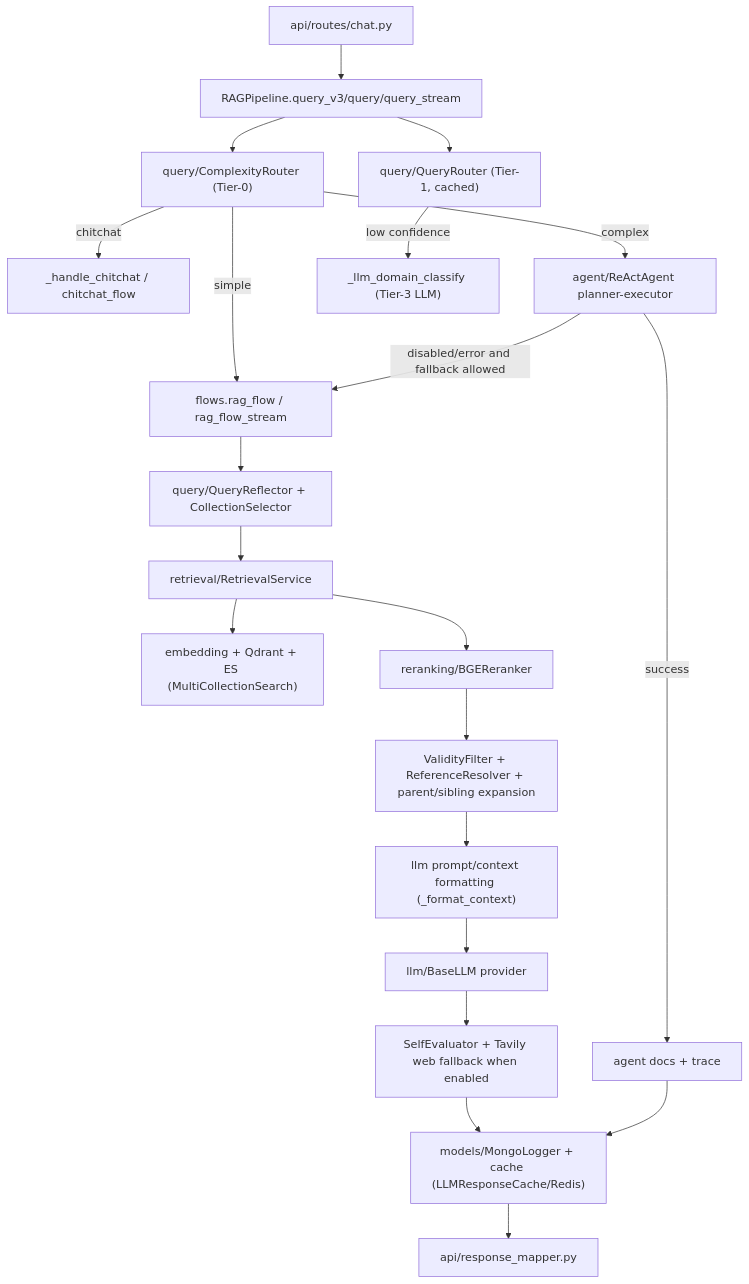
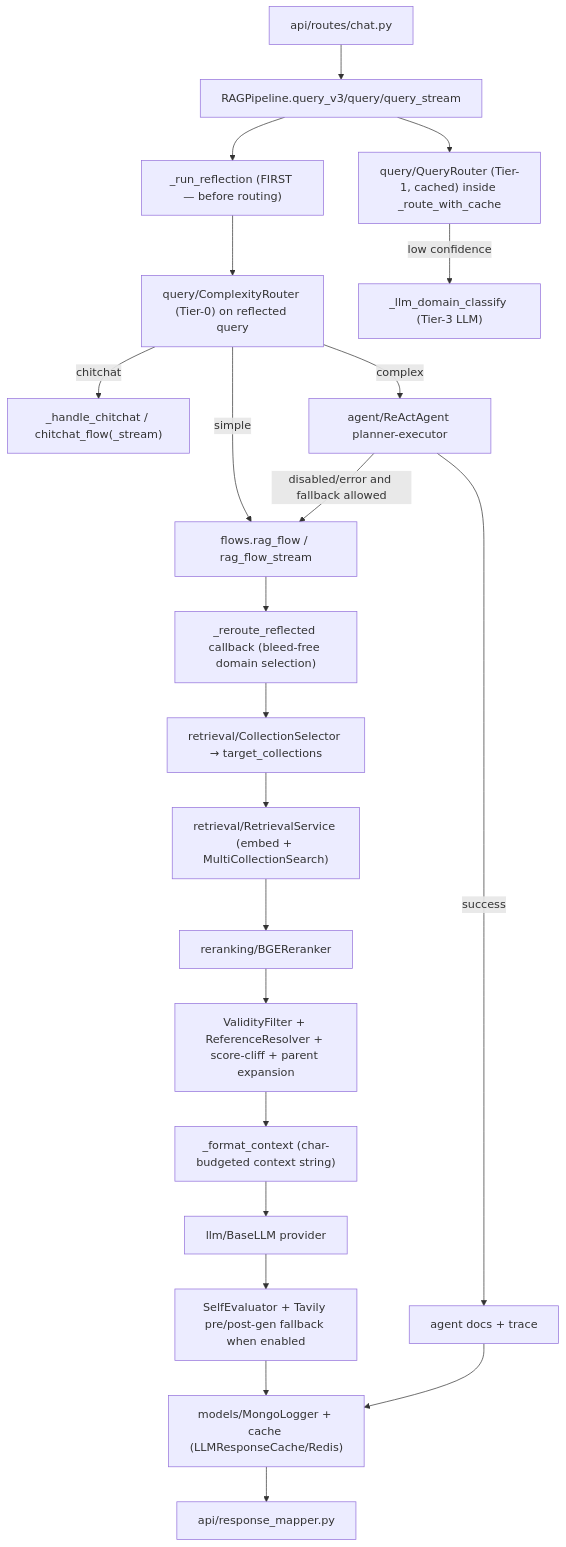
One commit to hoainam183/GR changed the diagram in src/RAG_v2/pipeline/MODULE.md. Above: the diagram before and after it, drawn with Mermaid. The commit also changed other lines of this file and 38 other files, not shown here.

````diff
--- a/src/RAG_v2/pipeline/MODULE.md
+++ b/src/RAG_v2/pipeline/MODULE.md
@@ -149,23 +179,24 @@
 ```mermaid
 flowchart TD
   API["api/routes/chat.py"] --> Pipeline["RAGPipeline.query_v3/query/query_stream"]
-  Pipeline --> Complexity["query/ComplexityRouter (Tier-0)"]
-  Complexity -->|chitchat| Chit["_handle_chitchat / chitchat_flow"]
+  Pipeline --> Reflect1["_run_reflection (FIRST — before routing)"]
+  Reflect1 --> Complexity["query/ComplexityRouter (Tier-0) on reflected query"]
+  Complexity -->|chitchat| Chit["_handle_chitchat / chitchat_flow(_stream)"]
   Complexity -->|simple| RAG["flows.rag_flow / rag_flow_stream"]
   Complexity -->|complex| Agent["agent/ReActAgent planner-executor"]
   Agent -->|success| AgentDocs["agent docs + trace"]
   Agent -->|disabled/error and fallback allowed| RAG
-  Pipeline --> Route["query/QueryRouter (Tier-1, cached)"]
+  Pipeline --> Route["query/QueryRouter (Tier-1, cached) inside _route_with_cache"]
   Route -->|low confidence| Tier3["_llm_domain_classify (Tier-3 LLM)"]
-  RAG --> Reflect["query/QueryReflector + CollectionSelector"]
-  Reflect --> Retrieval["retrieval/RetrievalService"]
-  Retrieval --> Embed["embedding + Qdrant + ES (MultiCollectionSearch)"]
+  RAG --> Reroute["_reroute_reflected callback (bleed-free domain selection)"]
+  Reroute --> CollSel["retrieval/CollectionSelector → target_collections"]
+  CollSel --> Retrieval["retrieval/RetrievalService (embed + MultiCollectionSearch)"]
   Retrieval --> Rerank["reranking/BGEReranker"]
-  Rerank --> Post["ValidityFilter + ReferenceResolver + parent/sibling expansion"]
-  Post --> Prompt["llm prompt/context formatting (_format_context)"]
+  Rerank --> Post["ValidityFilter + ReferenceResolver + score-cliff + parent expansion"]
+  Post --> Prompt["_format_context (char-budgeted context string)"]
   Prompt --> LLM["llm/BaseLLM provider"]
-  LLM --> Quality["SelfEvaluator + Tavily web fallback when enabled"]
+  LLM --> Quality["SelfEvaluator + Tavily pre/post-gen fallback when enabled"]
   Quality --> Logger["models/MongoLogger + cache (LLMResponseCache/Redis)"]
   AgentDocs --> Logger
   Logger --> Mapper["api/response_mapper.py"]
 ```
````
